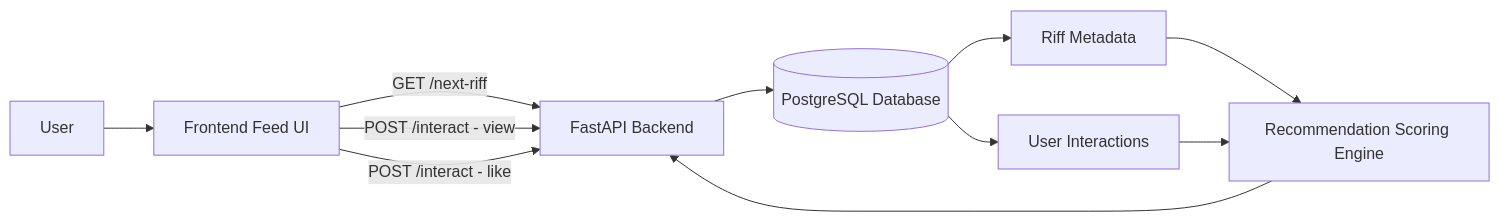
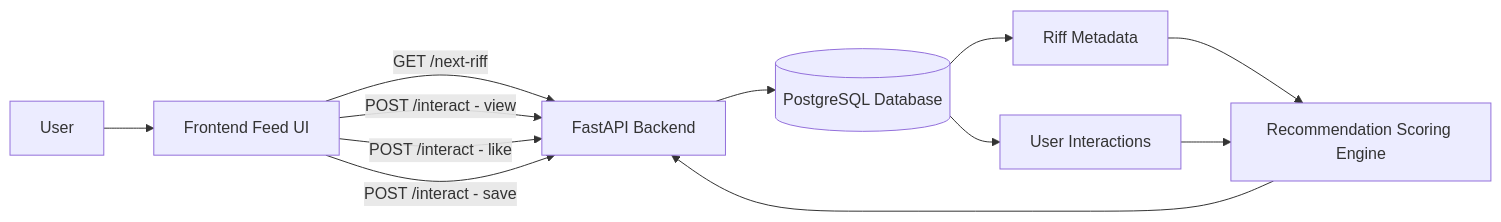
One commit to Zachwm/riffly changed the first of 4 diagrams in README.md. Above: the diagram before and after it, drawn with Mermaid. The commit also changed other lines of this file and 5246 other files, not shown here.

````diff
--- a/README.md
+++ b/README.md
@@ -53,18 +58,19 @@
 ```mermaid
 flowchart LR
     U[User] --> F[Frontend Feed UI]
 
     F -->|GET /next-riff| A[FastAPI Backend]
     F -->|POST /interact - view| A
     F -->|POST /interact - like| A
+    F -->|POST /interact - save| A
 
     A --> D[(PostgreSQL Database)]
 
     D --> R[Riff Metadata]
     D --> I[User Interactions]
 
     R --> S[Recommendation Scoring Engine]
     I --> S
 
     S --> A
 ```
````
